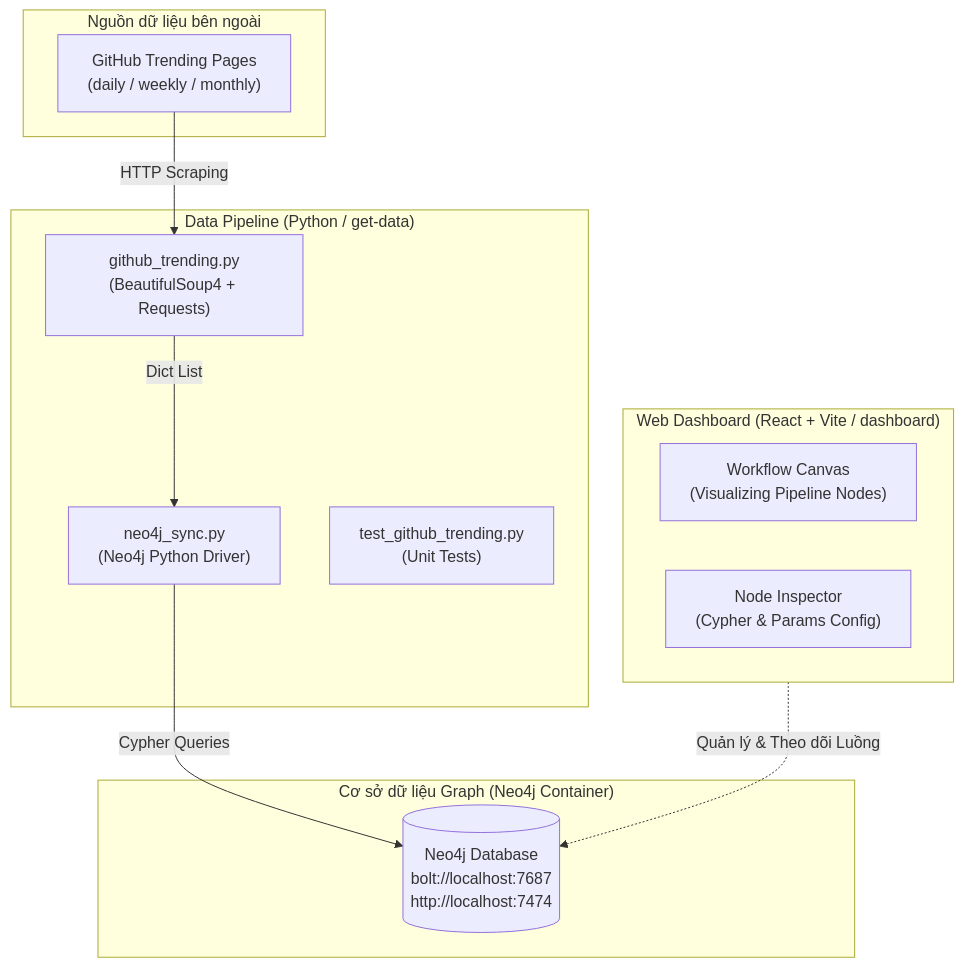
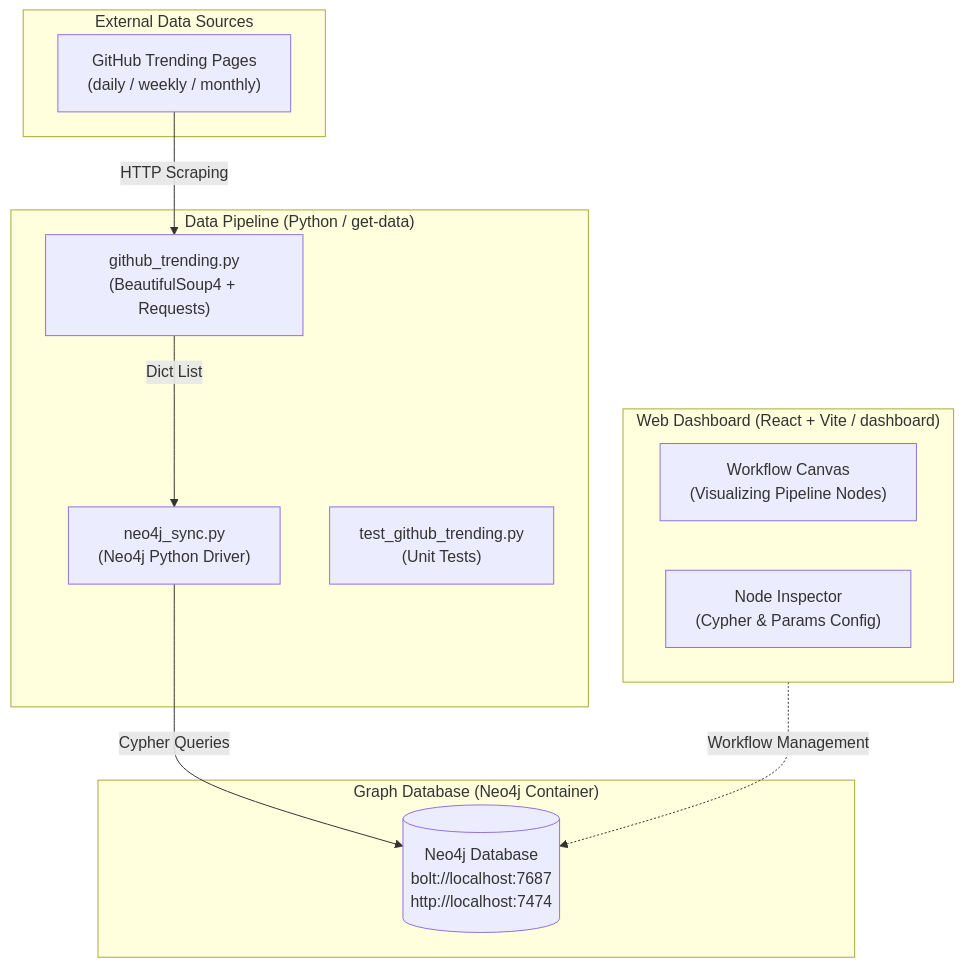
One commit to khanhkiet00/knowledge-graph changed the first of 2 diagrams in .agents/ARCHITECTURE.md. Above: the diagram before and after it, drawn with Mermaid. The commit also changed other lines of this file and 7 other files, not shown here.

````diff
--- a/.agents/ARCHITECTURE.md
+++ b/.agents/ARCHITECTURE.md
@@ -17,26 +11,26 @@
 ```mermaid
 flowchart TD
-    subgraph External["Nguồn dữ liệu bên ngoài"]
+    subgraph External["External Data Sources"]
         GH["GitHub Trending Pages\n(daily / weekly / monthly)"]
     end
 
     subgraph DataPipeline["Data Pipeline (Python / get-data)"]
         Scraper["github_trending.py\n(BeautifulSoup4 + Requests)"]
         Sync["neo4j_sync.py\n(Neo4j Python Driver)"]
         Tests["test_github_trending.py\n(Unit Tests)"]
     end
 
-    subgraph Database["Cơ sở dữ liệu Graph (Neo4j Container)"]
+    subgraph Database["Graph Database (Neo4j Container)"]
         Neo4j[("Neo4j Database\nbolt://localhost:7687\nhttp://localhost:7474")]
     end
 
     subgraph Frontend["Web Dashboard (React + Vite / dashboard)"]
         Canvas["Workflow Canvas\n(Visualizing Pipeline Nodes)"]
         Inspector["Node Inspector\n(Cypher & Params Config)"]
     end
 
     GH -->|HTTP Scraping| Scraper
     Scraper -->|Dict List| Sync
     Sync -->|Cypher Queries| Neo4j
-    Frontend -.->|Quản lý & Theo dõi Luồng| Neo4j
+    Frontend -.->|Workflow Management| Neo4j
 ```
````
